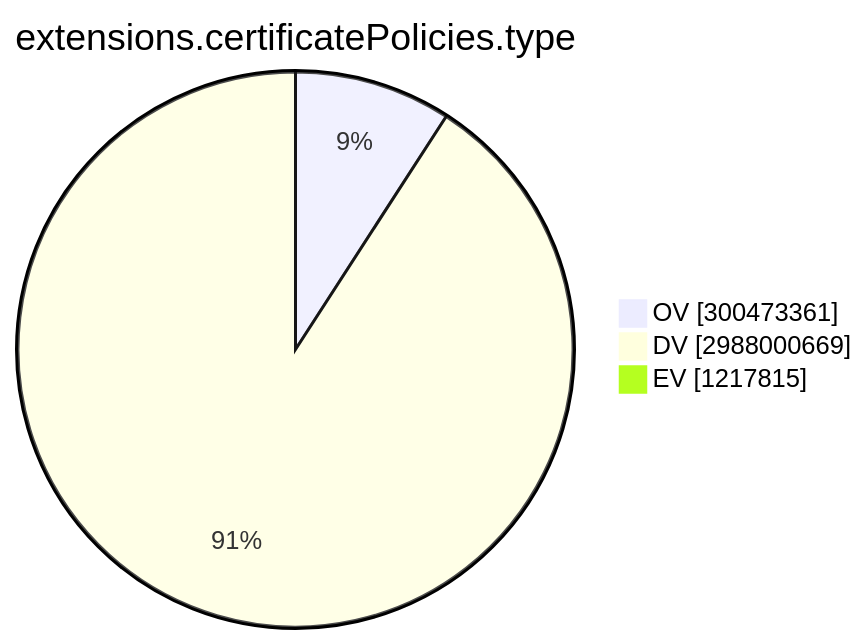
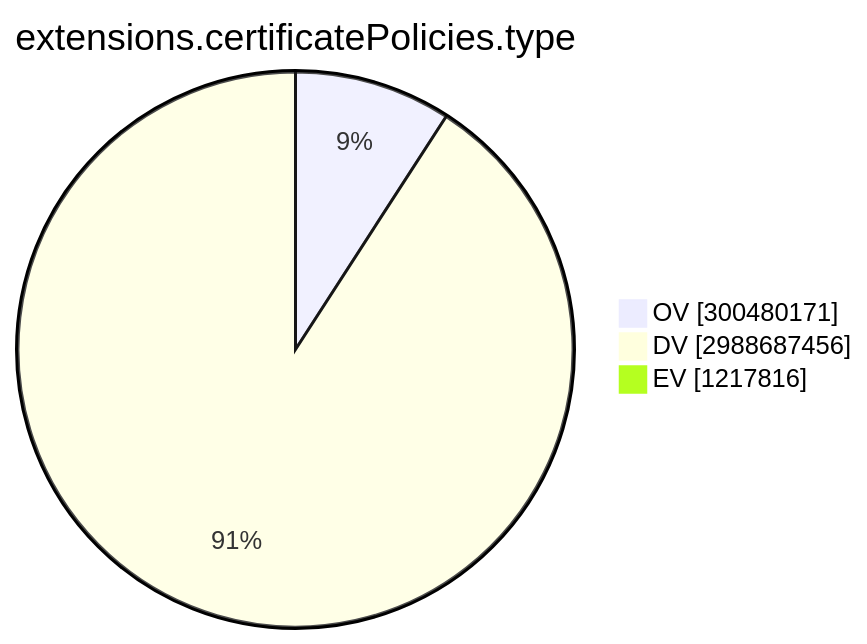
The ninth of 15 diagrams in TOTAL/README.md (christiankrug/ctmonitor_visualization), drawn with Mermaid before and after one commit. The commit also changed other lines of this file, not shown here.

````diff
--- a/TOTAL/README.md
+++ b/TOTAL/README.md
@@ -3102,7 +3102,7 @@
 ```mermaid
 pie showData
 title extensions.certificatePolicies.type
-"OV" :300473361
-"DV" :2988000669
-"EV" :1217815
+"OV" :300480171
+"DV" :2988687456
+"EV" :1217816
 ```
````
